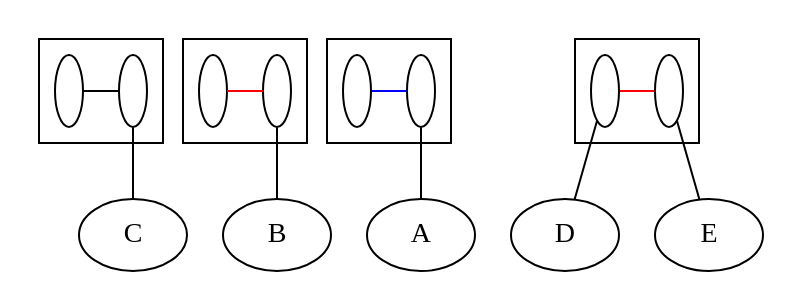
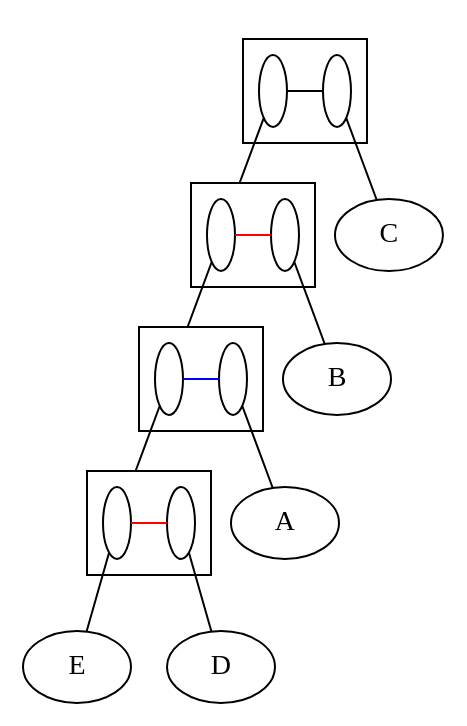
Before and after one commit to lrodrin/TFG: the diagram in src/final/Estructura.dot, drawn with Graphviz. The commit also changed 12 other files, not shown here.

```diff
--- a/src/final/Estructura.dot
+++ b/src/final/Estructura.dot
@@ -1,53 +1,56 @@
 digraph G {
 compound=True;
 C;
 B;
 A;
+E;
 D;
-E;
-subgraph cluster_CBDAE {
-s_BDAE [fillcolor=white, label=" ", width=0.2, fixedsize=True];
-s_C [fillcolor=white, label=" ", width=0.2, fixedsize=True];
+subgraph cluster_BEACD {
+s_BEAD [label=" ", width=0.2, fixedsize=True, fillcolor=white];
+s_C [label=" ", width=0.2, fixedsize=True, fillcolor=white];
 subgraph  {
 rank=same;
-s_BDAE -> s_C  [arrowhead=none, color=black];
+s_BEAD -> s_C  [color=black, arrowhead=none];
 }
 
 }
 
-subgraph cluster_BDAE {
-s_DAE [fillcolor=white, label=" ", width=0.2, fixedsize=True];
-s_B [fillcolor=white, label=" ", width=0.2, fixedsize=True];
+subgraph cluster_BEAD {
+s_EAD [label=" ", width=0.2, fixedsize=True, fillcolor=white];
+s_B [label=" ", width=0.2, fixedsize=True, fillcolor=white];
 subgraph  {
 rank=same;
-s_DAE -> s_B  [arrowhead=none, color=red];
+s_EAD -> s_B  [color=red, arrowhead=none];
 }
 
 }
 
-subgraph cluster_DAE {
-s_DE [fillcolor=white, label=" ", width=0.2, fixedsize=True];
-s_A [fillcolor=white, label=" ", width=0.2, fixedsize=True];
+subgraph cluster_EAD {
+s_ED [label=" ", width=0.2, fixedsize=True, fillcolor=white];
+s_A [label=" ", width=0.2, fixedsize=True, fillcolor=white];
 subgraph  {
 rank=same;
-s_DE -> s_A  [arrowhead=none, color=blue];
+s_ED -> s_A  [color=blue, arrowhead=none];
 }
 
 }
 
-subgraph cluster_DE {
-s_D [fillcolor=white, label=" ", width=0.2, fixedsize=True];
-s_E [fillcolor=white, label=" ", width=0.2, fixedsize=True];
+subgraph cluster_ED {
+s_E [label=" ", width=0.2, fixedsize=True, fillcolor=white];
+s_D [label=" ", width=0.2, fixedsize=True, fillcolor=white];
 subgraph  {
 rank=same;
-s_D -> s_E  [arrowhead=none, color=red];
+s_E -> s_D  [color=red, arrowhead=none];
 }
 
 }
 
 s_C -> C  [arrowhead=none];
 s_B -> B  [arrowhead=none];
 s_A -> A  [arrowhead=none];
+s_E -> E  [arrowhead=none];
 s_D -> D  [arrowhead=none];
-s_E -> E  [arrowhead=none];
+s_BEAD -> s_EAD  [arrowhead=none, lhead=cluster_BEAD];
+s_EAD -> s_ED  [arrowhead=none, lhead=cluster_EAD];
+s_ED -> s_E  [arrowhead=none, lhead=cluster_ED];
 }
```
